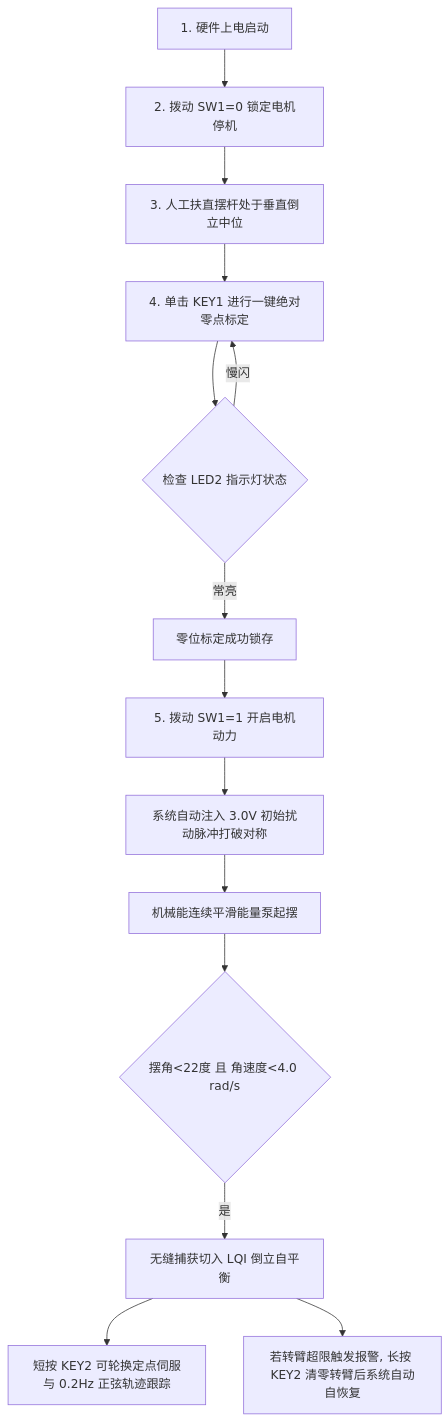
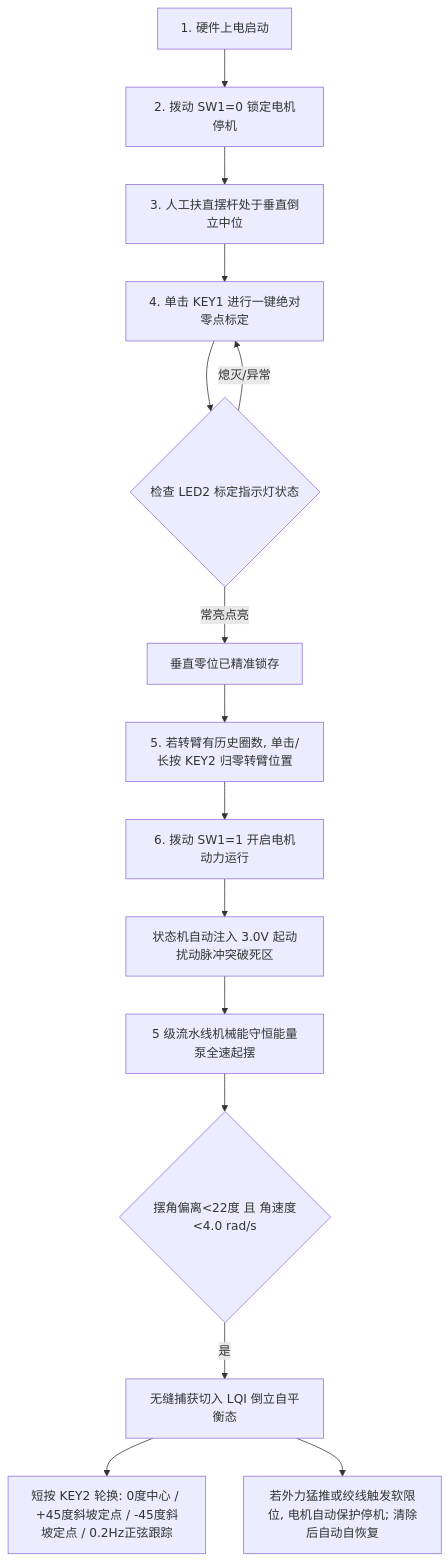
One commit to pjj644/gowin-furuta-pendulum changed the diagram in doc/选题一_RTL代码合规性检查报告.md. Above: the diagram before and after it, drawn with Mermaid. The commit also changed other lines of this file and 10 other files, not shown here.

````diff
--- a/doc/选题一_RTL代码合规性检查报告.md
+++ b/doc/选题一_RTL代码合规性检查报告.md
@@ -247,16 +274,17 @@
 ```mermaid
 graph TD
     A[1. 硬件上电启动] --> B[2. 拨动 SW1=0 锁定电机停机]
     B --> C[3. 人工扶直摆杆处于垂直倒立中位]
     C --> D[4. 单击 KEY1 进行一键绝对零点标定]
-    D --> E{检查 LED2 指示灯状态}
-    E -- 慢闪 --> D
-    E -- 常亮 --> F[零位标定成功锁存]
-    F --> G[5. 拨动 SW1=1 开启电机动力]
-    G --> H[系统自动注入 3.0V 初始扰动脉冲打破对称]
-    H --> I[机械能连续平滑能量泵起摆]
-    I --> J{摆角<22度 且 角速度<4.0 rad/s}
-    J -- 是 --> K[无缝捕获切入 LQI 倒立自平衡]
-    K --> L[短按 KEY2 可轮换定点伺服与 0.2Hz 正弦轨迹跟踪]
-    K --> M[若转臂超限触发报警, 长按 KEY2 清零转臂后系统自动自恢复]
+    D --> E{检查 LED2 标定指示灯状态}
+    E -- 熄灭/异常 --> D
+    E -- 常亮点亮 --> F[垂直零位已精准锁存]
+    F --> G[5. 若转臂有历史圈数, 单击/长按 KEY2 归零转臂位置]
+    G --> H[6. 拨动 SW1=1 开启电机动力运行]
+    H --> I[状态机自动注入 3.0V 起动扰动脉冲突破死区]
+    I --> J[5 级流水线机械能守恒能量泵全速起摆]
+    J --> K{摆角偏离<22度 且 角速度<4.0 rad/s}
+    K -- 是 --> L[无缝捕获切入 LQI 倒立自平衡态]
+    L --> M[短按 KEY2 轮换: 0度中心 / +45度斜坡定点 / -45度斜坡定点 / 0.2Hz正弦跟踪]
+    L --> N[若外力猛推或绞线触发软限位, 电机自动保护停机; 清除后自动自恢复]
 ```
````
